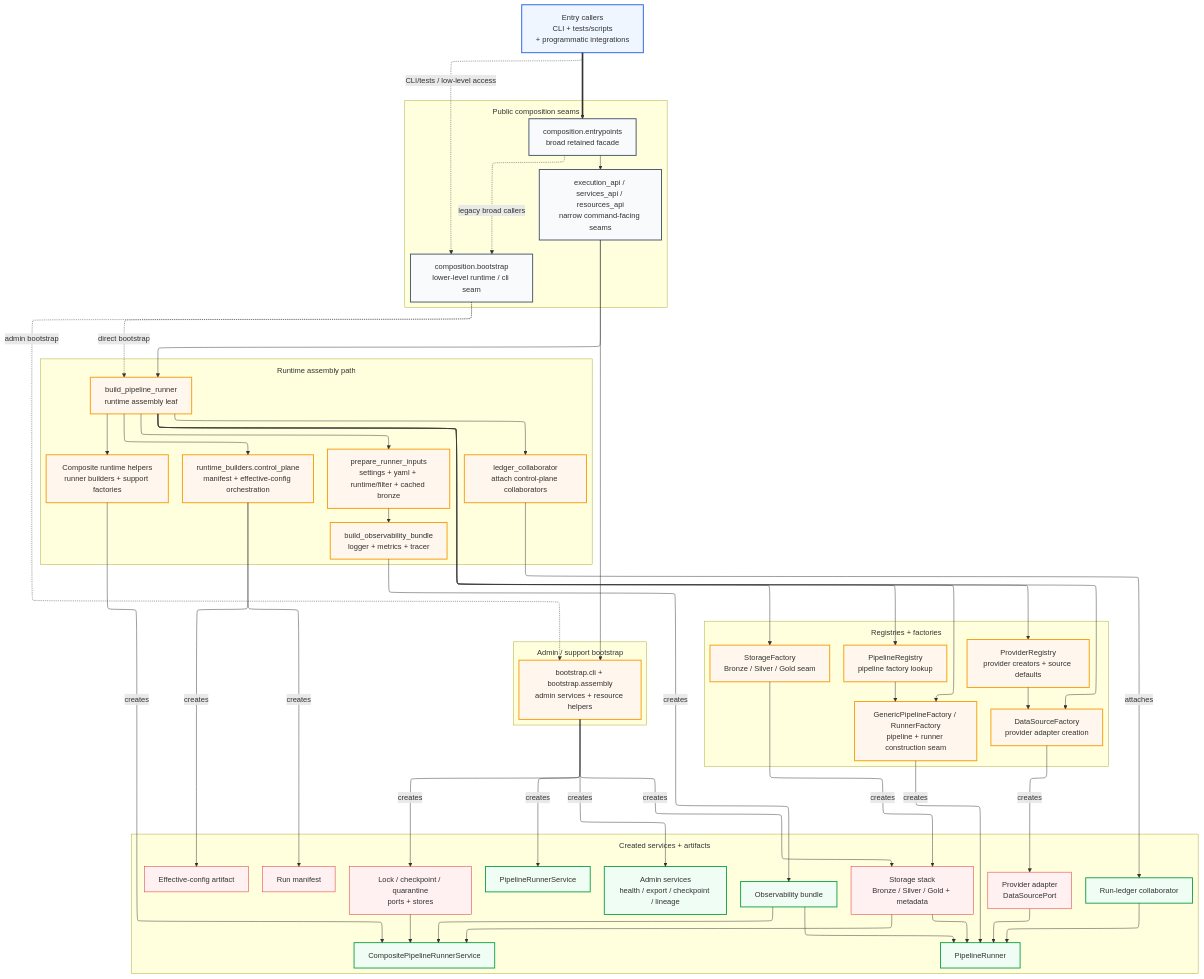
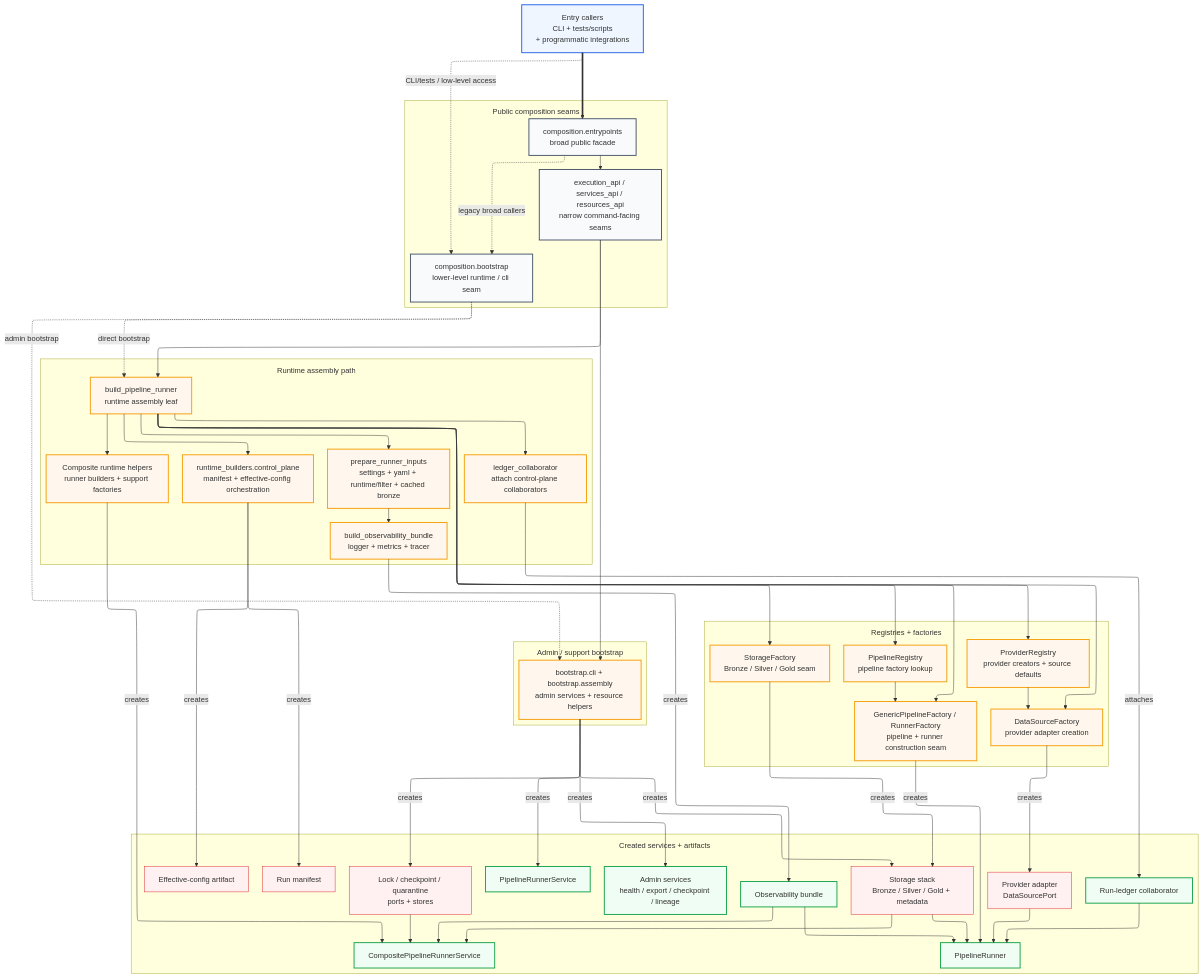
One commit to SatoryKono/BioactivityDataAcquisition changed the diagram in docs/02-architecture/diagrams/architecture/12-bootstrap-di-container.mmd. Above: the diagram before and after it, drawn with Mermaid. The commit also changed 41 other files, not shown here.

First line of the commit message:
Promote retained entrypoints to public

```diff
--- a/docs/02-architecture/diagrams/architecture/12-bootstrap-di-container.mmd
+++ b/docs/02-architecture/diagrams/architecture/12-bootstrap-di-container.mmd
@@ -1,121 +1,121 @@
 %% BioETL — Bootstrap / DI Container (Composition Root)
 %% Shows current public composition seams, runtime assembly, and control-plane artifact wiring.
 
 %% @version 1.4.0
 %% @date    2026-03-28
 %% @type    flowchart
 %% @level   System / Component
 %% @nodes   25
 %% @reference  Decomposed into 12a, 12b sub-diagrams; complements 19-control-plane-artifacts.mmd
 
 %%{init: {
   'flowchart': {
     'subGraphTitleMargin': { 'top': 12, 'bottom': 12 }
   },
   'layout': 'elk',
   'elk': {
     'mergeEdges': true,
     'nodePlacementStrategy': 'BRANDES_KOEPF',
     'edgeRouting': 'ORTHOGONAL'
   }
 }}%%
 %% @uniform width=208 height=108 max_title_len=22 max_desc_lines=4
 graph TB
     CALLERS["Entry callers<br/>CLI + tests/scripts<br/>+ programmatic integrations"]:::size-md
 
     subgraph Public["Public composition seams"]
-        ENTRY["composition.entrypoints<br/>broad retained facade"]:::size-md
+        ENTRY["composition.entrypoints<br/>broad public facade"]:::size-md
         APIS["execution_api / services_api / resources_api<br/>narrow command-facing seams"]:::size-md
         BOOT["composition.bootstrap<br/>lower-level runtime / cli seam"]:::size-md
     end
 
     subgraph Factories["Registries + factories"]
         PR["ProviderRegistry<br/>provider creators + source defaults"]:::size-md
         PIPE["PipelineRegistry<br/>pipeline factory lookup"]:::size-md
         DSF["DataSourceFactory<br/>provider adapter creation"]:::size-md
         GPF["GenericPipelineFactory / RunnerFactory<br/>pipeline + runner construction seam"]:::size-md
         STF["StorageFactory<br/>Bronze / Silver / Gold seam"]:::size-md
     end
 
     subgraph Runtime["Runtime assembly path"]
         INPUTS["prepare_runner_inputs<br/>settings + yaml + runtime/filter + cached bronze"]:::size-md
         OBSB["build_observability_bundle<br/>logger + metrics + tracer"]:::size-md
         BUILDER["build_pipeline_runner<br/>runtime assembly leaf"]:::size-md
         CTRL["runtime_builders.control_plane<br/>manifest + effective-config orchestration"]:::size-md
         LCOL["ledger_collaborator<br/>attach control-plane collaborators"]:::size-md
         CH["Composite runtime helpers<br/>runner builders + support factories"]:::size-md
     end
 
     subgraph Admin["Admin / support bootstrap"]
         SUPPORT["bootstrap.cli + bootstrap.assembly<br/>admin services + resource helpers"]:::size-md
     end
 
     subgraph Created["Created services + artifacts"]
         ADAPTER["Provider adapter<br/>DataSourcePort"]:::size-md
         STORAGE["Storage stack<br/>Bronze / Silver / Gold + metadata"]:::size-md
         STATE["Lock / checkpoint / quarantine<br/>ports + stores"]:::size-md
         OBS["Observability bundle"]:::size-md
         RUNNER["PipelineRunner"]:::size-md
         PSVC["PipelineRunnerService"]:::size-md
         COMPOSITE["CompositePipelineRunnerService"]:::size-md
         ADMINSVC["Admin services<br/>health / export / checkpoint / lineage"]:::size-md
         MANIFEST["Run manifest"]:::size-md
         ECFG["Effective-config artifact"]:::size-md
         LEDGER["Run-ledger collaborator"]:::size-md
     end
 
     CALLERS ==> ENTRY
     CALLERS -.->|"CLI/tests / low-level access"| BOOT
 
     ENTRY --> APIS
     ENTRY -.->|"legacy broad callers"| BOOT
     APIS --> BUILDER
     APIS --> SUPPORT
     BOOT -.->|"direct bootstrap"| BUILDER
     BOOT -.->|"admin bootstrap"| SUPPORT
 
     BUILDER --> PR
     BUILDER --> PIPE
     BUILDER --> DSF
     BUILDER --> GPF
     BUILDER --> STF
     BUILDER --> INPUTS
     BUILDER --> CTRL
     BUILDER --> LCOL
     BUILDER --> CH
 
     INPUTS --> OBSB
     PR --> DSF
     PIPE --> GPF
     DSF -->|creates| ADAPTER
     STF -->|creates| STORAGE
     SUPPORT -->|creates| STORAGE
     SUPPORT -->|creates| STATE
     SUPPORT -->|creates| PSVC
     SUPPORT -->|creates| ADMINSVC
     OBSB -->|creates| OBS
     GPF -->|creates| RUNNER
     CH -->|creates| COMPOSITE
     CTRL -->|creates| MANIFEST
     CTRL -->|creates| ECFG
     LCOL -->|attaches| LEDGER
 
     ADAPTER --> RUNNER
     STORAGE --> RUNNER
     OBS --> RUNNER
     LEDGER --> RUNNER
     STORAGE --> COMPOSITE
     STATE --> COMPOSITE
     OBS --> COMPOSITE
 
     classDef entry fill:#eff6ff,stroke:#2563eb,stroke-width:2px
     classDef public fill:#f8fafc,stroke:#475569,stroke-width:2px
     classDef comp fill:#fff7ed,stroke:#f59e0b,stroke-width:2px
     classDef infra fill:#fff1f2,stroke:#dc2626
     classDef app fill:#f0fdf4,stroke:#16a34a,stroke-width:2px
 
     class CALLERS entry
     class ENTRY,APIS,BOOT public
     class PR,PIPE,DSF,GPF,STF,INPUTS,OBSB,BUILDER,CTRL,LCOL,CH,SUPPORT comp
     class ADAPTER,STORAGE,STATE,MANIFEST,ECFG infra
     class OBS,RUNNER,PSVC,COMPOSITE,ADMINSVC,LEDGER app
```
